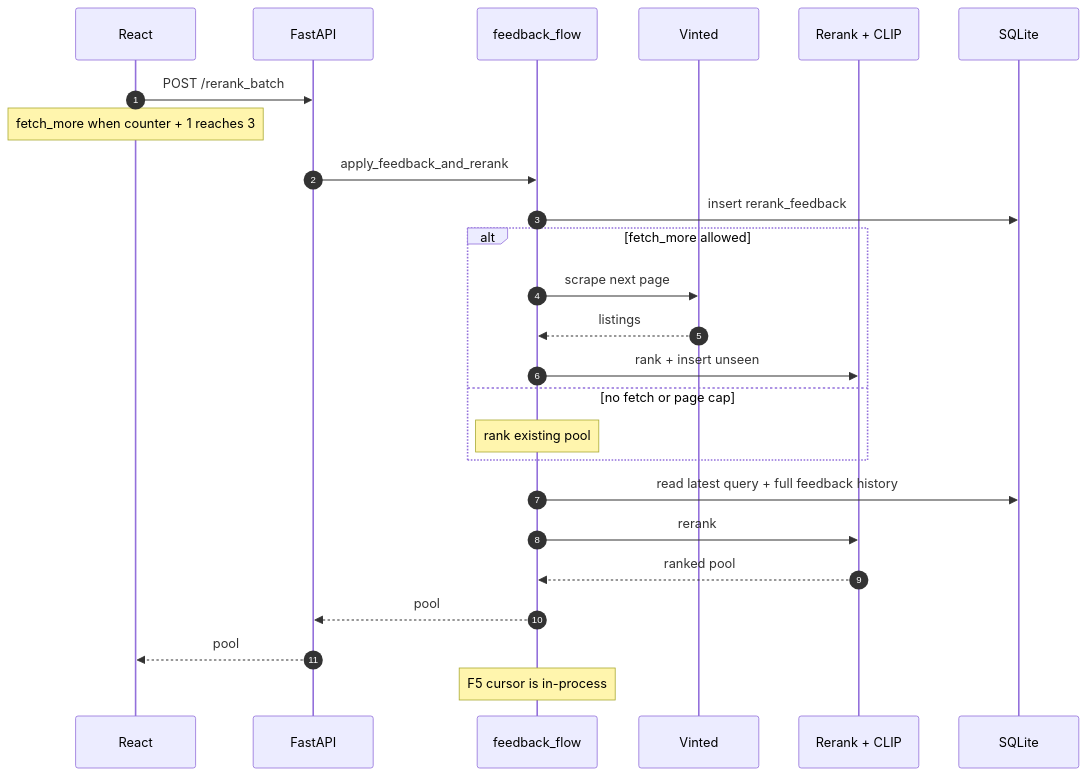
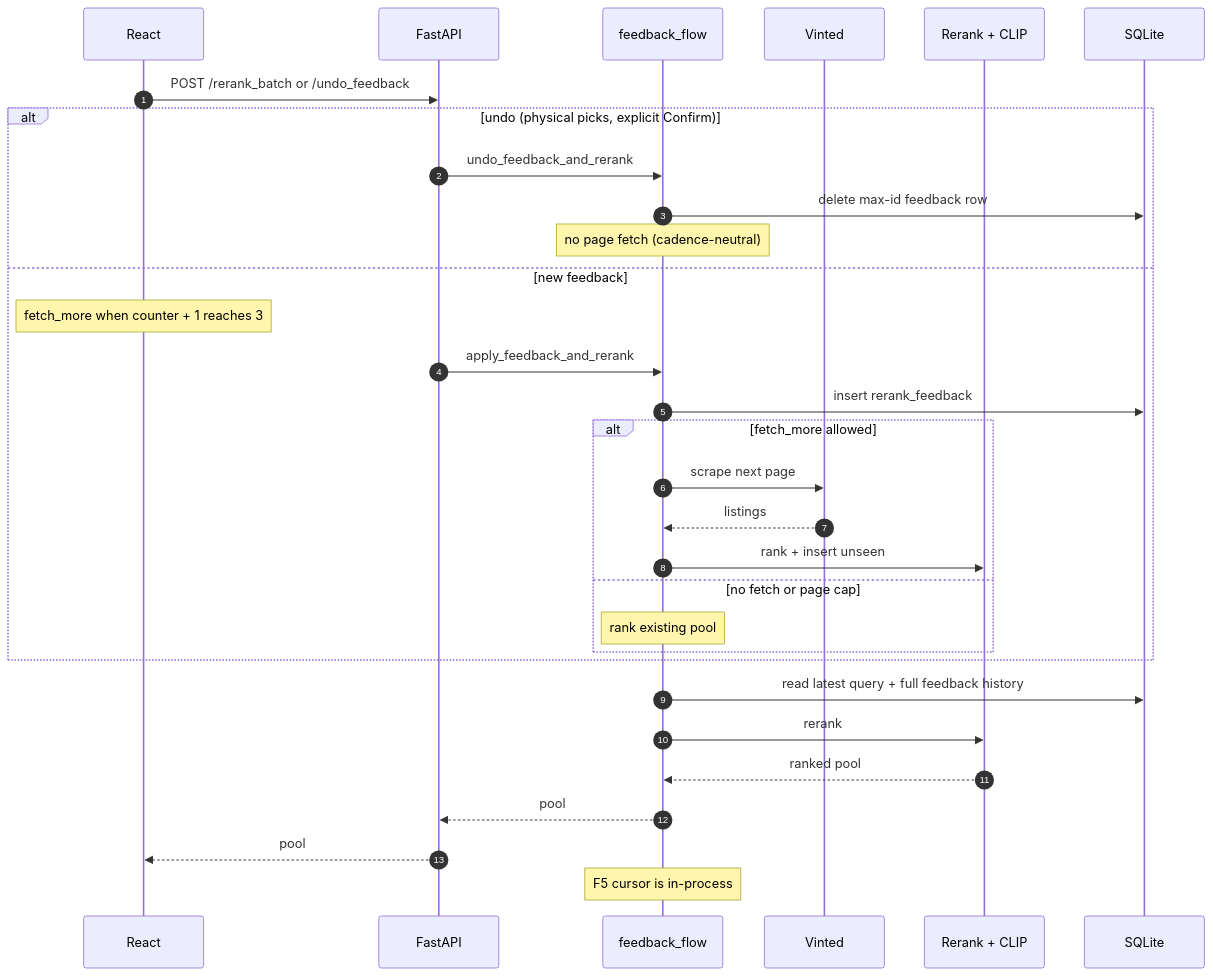
The fourth of 7 diagrams in docs/flows/README.md (bvechiato/rack-sorter), drawn with Mermaid before and after one commit. The commit also changed other lines of this file and 14 other files, not shown here.

First line of the commit message:
Add undo feedback button (issue #17)

````diff
--- a/docs/flows/README.md
+++ b/docs/flows/README.md
@@ -186,28 +190,34 @@
 ```mermaid
 sequenceDiagram
     autonumber
     participant UI as React
     participant API as FastAPI
     participant FB as feedback_flow
     participant V as Vinted
     participant ML as Rerank + CLIP
     participant DB as SQLite
 
-    UI->>API: POST /rerank_batch
-    Note over UI: fetch_more when counter + 1 reaches 3
-    API->>FB: apply_feedback_and_rerank
-    FB->>DB: insert rerank_feedback
-    alt fetch_more allowed
-        FB->>V: scrape next page
-        V-->>FB: listings
-        FB->>ML: rank + insert unseen
-    else no fetch or page cap
-        Note over FB: rank existing pool
+    UI->>API: POST /rerank_batch or /undo_feedback
+    alt undo (physical picks, explicit Confirm)
+        API->>FB: undo_feedback_and_rerank
+        FB->>DB: delete max-id feedback row
+        Note over FB: no page fetch (cadence-neutral)
+    else new feedback
+        Note over UI: fetch_more when counter + 1 reaches 3
+        API->>FB: apply_feedback_and_rerank
+        FB->>DB: insert rerank_feedback
+        alt fetch_more allowed
+            FB->>V: scrape next page
+            V-->>FB: listings
+            FB->>ML: rank + insert unseen
+        else no fetch or page cap
+            Note over FB: rank existing pool
+        end
     end
     FB->>DB: read latest query + full feedback history
     FB->>ML: rerank
     ML-->>FB: ranked pool
     FB-->>API: pool
     API-->>UI: pool
     Note over FB: F5 cursor is in-process
 ```
````
